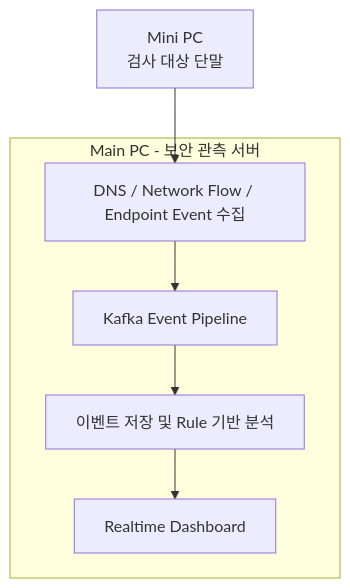
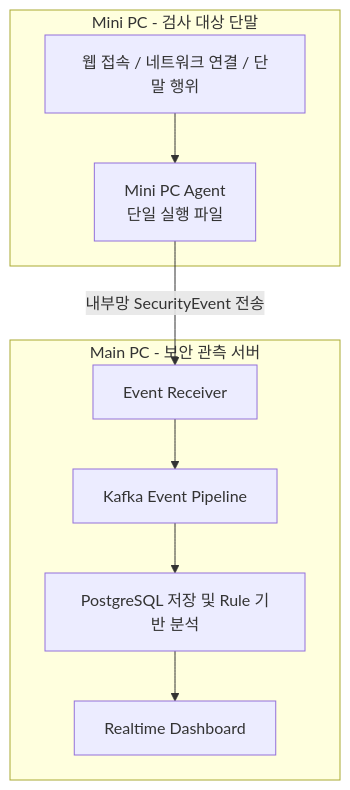
Before and after one commit to seoheejung/officeguard-lab: the diagram in README.md, drawn with Mermaid. The commit also changed other lines of this file and 2 other files, not shown here.

````diff
--- a/README.md
+++ b/README.md
@@ -62,16 +69,20 @@
 ```mermaid
 flowchart TD
-    MiniPC["Mini PC<br/>검사 대상 단말"]
+    subgraph MiniPC["Mini PC - 검사 대상 단말"]
+        Activity["웹 접속 / 네트워크 연결 / 단말 행위"]
+        Agent["Mini PC Agent<br/>단일 실행 파일"]
+    end
 
     subgraph MainPC["Main PC - 보안 관측 서버"]
-        Collector["DNS / Network Flow / Endpoint Event 수집"]
+        Receiver["Event Receiver"]
         Pipeline["Kafka Event Pipeline"]
-        Processing["이벤트 저장 및 Rule 기반 분석"]
+        Processing["PostgreSQL 저장 및 Rule 기반 분석"]
         Dashboard["Realtime Dashboard"]
     end
 
-    MiniPC --> Collector
-    Collector --> Pipeline
+    Activity --> Agent
+    Agent -->|"내부망 SecurityEvent 전송"| Receiver
+    Receiver --> Pipeline
     Pipeline --> Processing
     Processing --> Dashboard
 ```
````
